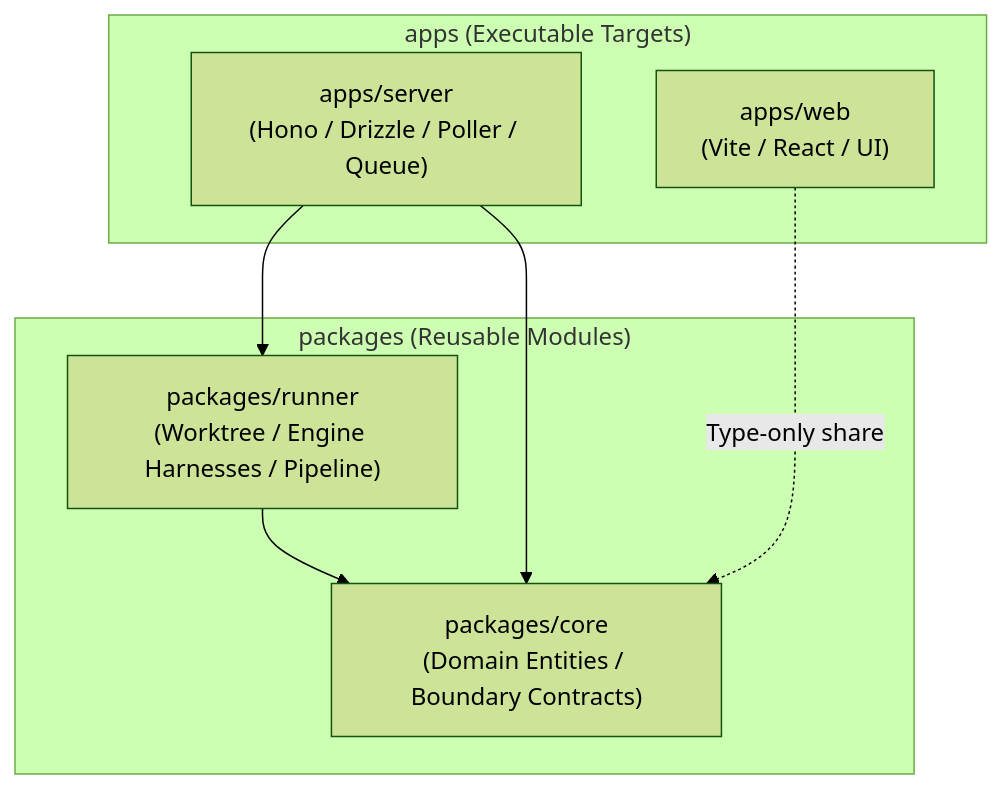
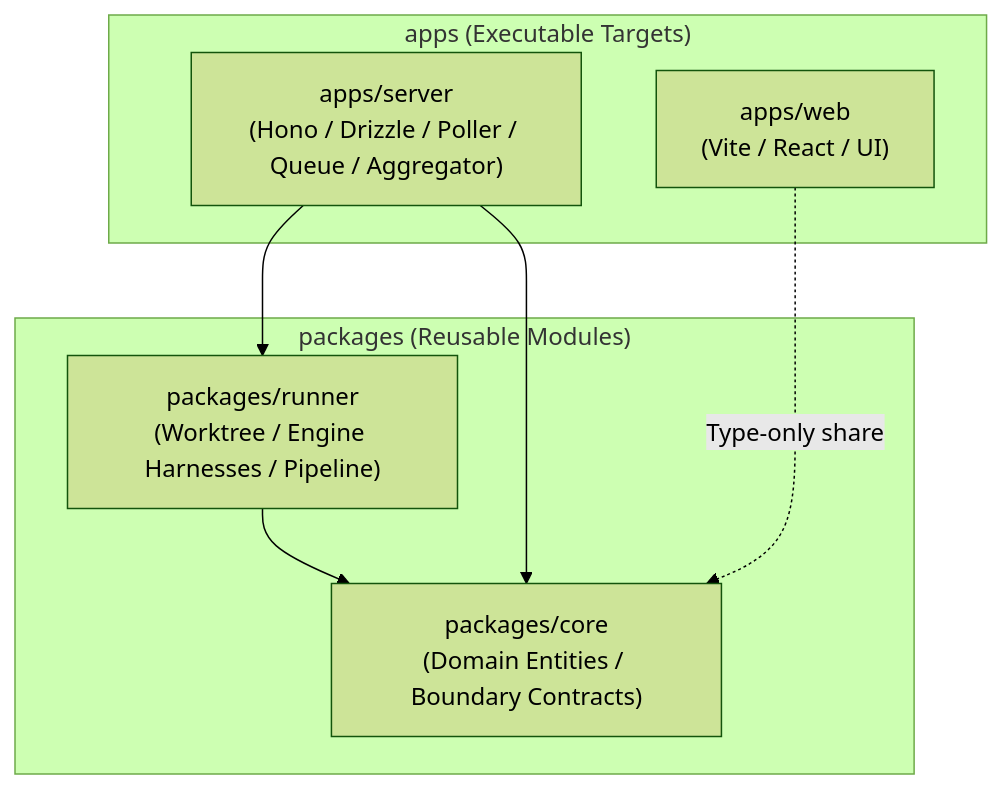
The first of 2 diagrams in docs/architecture.md (fuji44/kuramori), drawn with Mermaid (forest theme) before and after one commit. The commit also changed other lines of this file and 6 other files, not shown here.

````diff
--- a/docs/architecture.md
+++ b/docs/architecture.md
@@ -19,17 +19,17 @@
 ```mermaid
 flowchart TD
     subgraph AppsArea["apps (Executable Targets)"]
-        ServerApp["apps/server<br>(Hono / Drizzle / Poller / Queue)"]
+        ServerApp["apps/server<br>(Hono / Drizzle / Poller / Queue / Aggregator)"]
         WebApp["apps/web<br>(Vite / React / UI)"]
     end
 
     subgraph PackagesArea["packages (Reusable Modules)"]
         RunnerPkg["packages/runner<br>(Worktree / Engine Harnesses / Pipeline)"]
         CorePkg["packages/core<br>(Domain Entities / Boundary Contracts)"]
     end
 
     ServerApp --> RunnerPkg
     ServerApp --> CorePkg
     WebApp -.->|Type-only share| CorePkg
     RunnerPkg --> CorePkg
 ```
````
